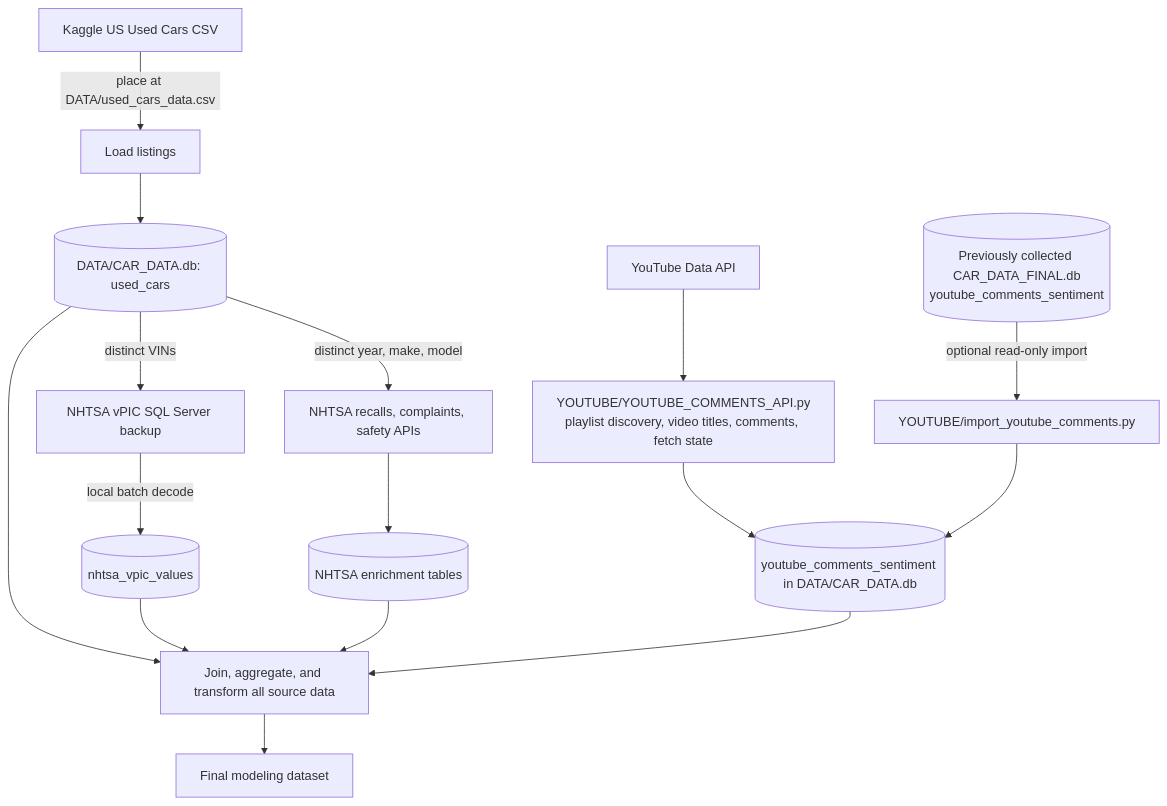
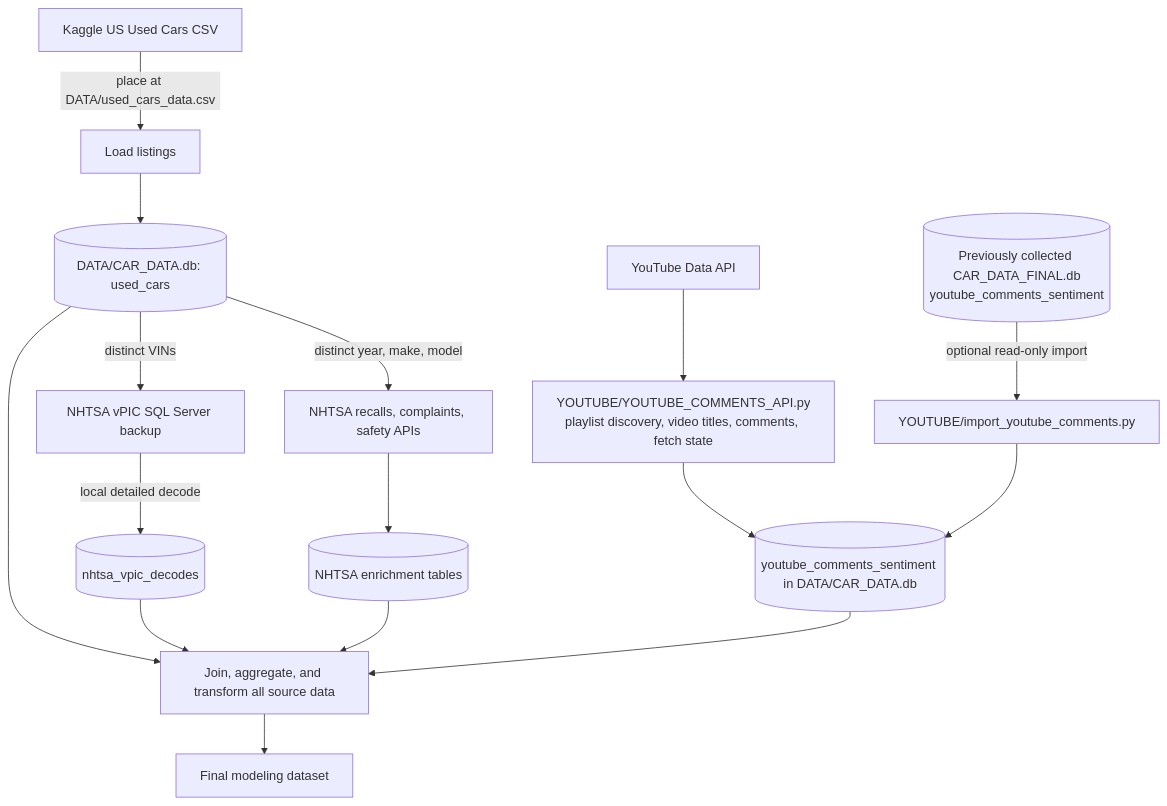
Before and after one commit to danielrdgez/DataScience_Capstone_Cars: the diagram in README.md, drawn with Mermaid. The commit also changed other lines of this file and 5 other files, not shown here.

Commit message:
Add detailed vPIC decoding, batch cleaning, and price modeling scaffold

````diff
--- a/README.md
+++ b/README.md
@@ -31,18 +31,18 @@
 ```mermaid
 flowchart TD
     K[Kaggle US Used Cars CSV] -->|place at DATA/used_cars_data.csv| L[Load listings]
     L --> DB[(DATA/CAR_DATA.db: used_cars)]
     DB -->|distinct VINs| V[NHTSA vPIC SQL Server backup]
-    V -->|local batch decode| VPIC[(nhtsa_vpic_values)]
+      V -->|local detailed decode| VPIC[(nhtsa_vpic_decodes)]
     DB -->|distinct year, make, model| API[NHTSA recalls, complaints, safety APIs]
     API --> AUX[(NHTSA enrichment tables)]
     YAPI[YouTube Data API] --> COLLECT[YOUTUBE/YOUTUBE_COMMENTS_API.py<br/>playlist discovery, video titles, comments, fetch state]
     COLLECT --> YC[(youtube_comments_sentiment in DATA/CAR_DATA.db)]
     EXT[(Previously collected CAR_DATA_FINAL.db<br/>youtube_comments_sentiment)] -->|optional read-only import| IMPORT[YOUTUBE/import_youtube_comments.py]
     IMPORT --> YC
     DB --> ASSEMBLY[Join, aggregate, and transform all source data]
     VPIC --> ASSEMBLY
     AUX --> ASSEMBLY
     YC --> ASSEMBLY
     ASSEMBLY --> M[Final modeling dataset]
 ```
````
